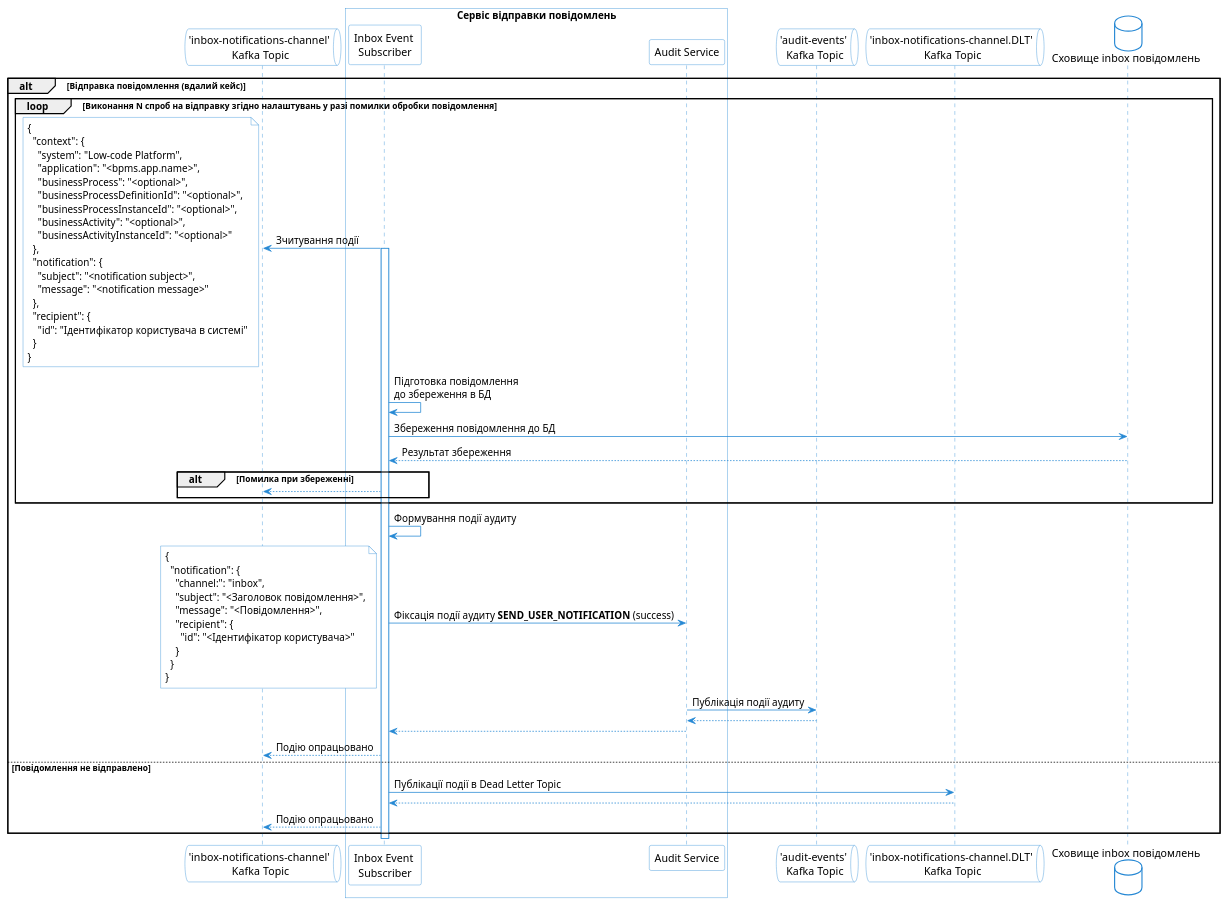
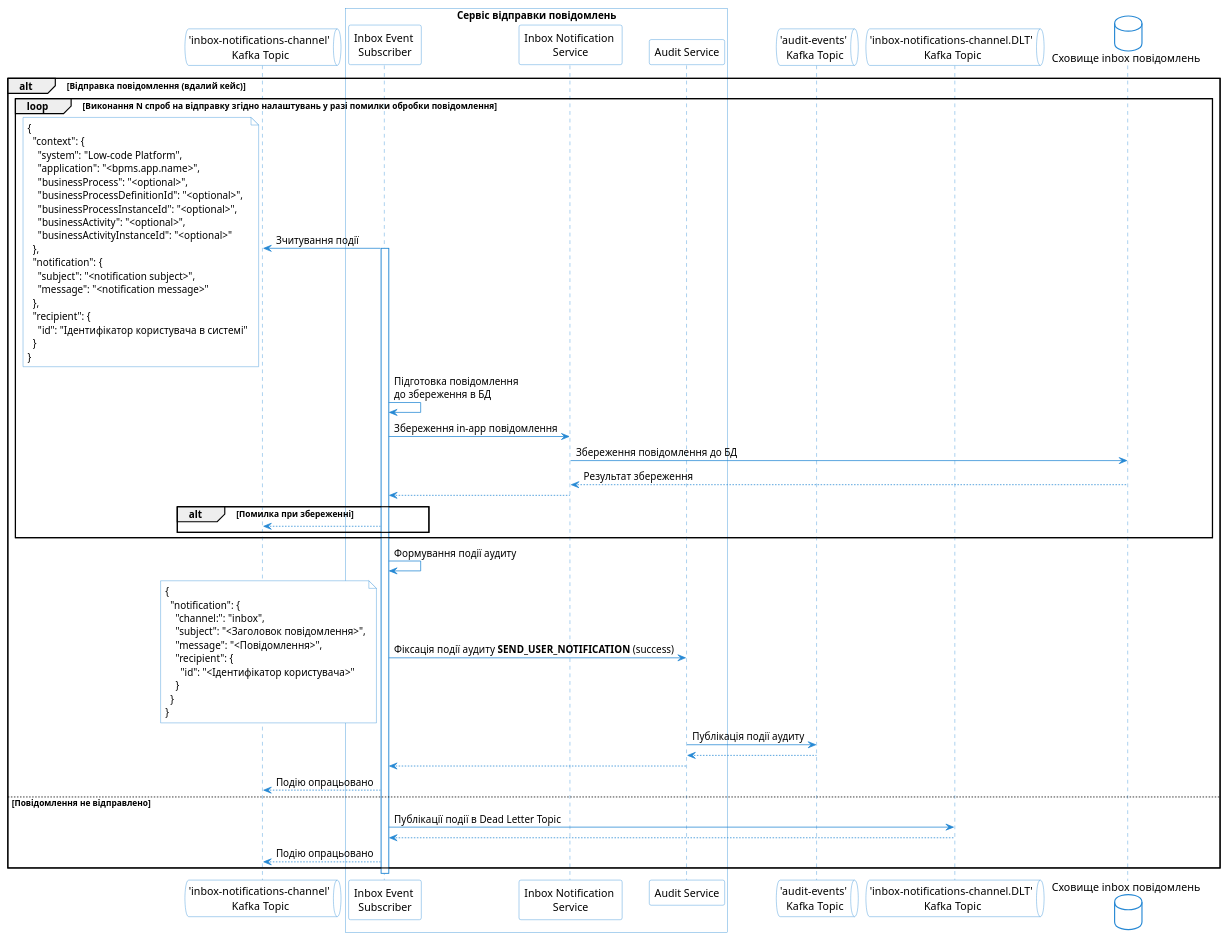
Before and after one commit to epam/edp-ddm-architecture: the diagram in modules/tech/partials/lowcode/notifications/inbox/inbox-notification-save-flow.puml, drawn with PlantUML. The commit also changed 11 other files, not shown here.

```diff
--- a/modules/tech/partials/lowcode/notifications/inbox/inbox-notification-save-flow.puml
+++ b/modules/tech/partials/lowcode/notifications/inbox/inbox-notification-save-flow.puml
@@ -1,88 +1,91 @@
 @startuml
 skinparam shadowing false
 skinparam DatabaseBackgroundColor white
 skinparam DatabaseBorderColor #2688d4
 skinparam QueueBackgroundColor white
 skinparam QueueBorderColor #2688d4
 skinparam NoteBackgroundColor white
 skinparam NoteBorderColor #2688d4
 skinparam sequence {
     ArrowColor #2688d4
     ActorBorderColor #2688d4
     LifeLineBorderColor #2688d4
     ParticipantBorderColor #2688d4
     ParticipantBackgroundColor white
     BoxBorderColor #2688d4
     BoxBackgroundColor white
 }
 
 queue "'inbox-notifications-channel'\n Kafka Topic" as inbox_notifications_channel_kafka_topic
 
 box "Сервіс відправки повідомлень"
   participant "Inbox Event \nSubscriber" as notification_kafka_subscriber
+  participant "Inbox Notification \nService" as inbox_notification_service
   participant "Audit Service" as audit_service
 end box
 
 queue "'audit-events'\n Kafka Topic" as audit_events_kafka_topic
 
 queue "'inbox-notifications-channel.DLT'\n Kafka Topic" as inbox_notifications_channel_dlt_kafka_topic
 
 database "Сховище inbox повідомлень" as inbox_db
 
 alt Відправка повідомлення (вдалий кейс)
 loop Виконання N спроб на відправку згідно налаштувань у разі помилки обробки повідомлення
 notification_kafka_subscriber -> inbox_notifications_channel_kafka_topic: Зчитування події
 note left
   {
     "context": {
       "system": "Low-code Platform",
       "application": "<bpms.app.name>",
       "businessProcess": "<optional>",
       "businessProcessDefinitionId": "<optional>",
       "businessProcessInstanceId": "<optional>",
       "businessActivity": "<optional>",
       "businessActivityInstanceId": "<optional>"
     },
     "notification": {
       "subject": "<notification subject>",
       "message": "<notification message>"
     },
     "recipient": {
       "id": "Ідентифікатор користувача в системі"
     }
   }
   end note
 activate notification_kafka_subscriber
 notification_kafka_subscriber -> notification_kafka_subscriber: Підготовка повідомлення \nдо збереження в БД
-notification_kafka_subscriber -> inbox_db: Збереження повідомлення до БД
-inbox_db --> notification_kafka_subscriber: Результат збереження
+notification_kafka_subscriber -> inbox_notification_service: Збереження in-app повідомлення
+inbox_notification_service -> inbox_db: Збереження повідомлення до БД
+inbox_db --> inbox_notification_service: Результат збереження
+inbox_notification_service --> notification_kafka_subscriber
   alt Помилка при збереженні
     notification_kafka_subscriber --> inbox_notifications_channel_kafka_topic
   end
 end
     notification_kafka_subscriber -> notification_kafka_subscriber: Формування події аудиту
     notification_kafka_subscriber -> audit_service: Фіксація події аудиту **SEND_USER_NOTIFICATION** (success)
     note left
     {
       "notification": {
         "channel:": "inbox",
         "subject": "<Заголовок повідомлення>",
         "message": "<Повідомлення>",
         "recipient": {
           "id": "<Ідентифікатор користувача>"
         }
       }
     }
     end note
     audit_service -> audit_events_kafka_topic: Публікація події аудиту
     audit_events_kafka_topic --> audit_service
     audit_service --> notification_kafka_subscriber
     notification_kafka_subscriber --> inbox_notifications_channel_kafka_topic: Подію опрацьовано
 
 else Повідомлення не відправлено
     notification_kafka_subscriber -> inbox_notifications_channel_dlt_kafka_topic: Публікації події в Dead Letter Topic
     inbox_notifications_channel_dlt_kafka_topic --> notification_kafka_subscriber
     notification_kafka_subscriber --> inbox_notifications_channel_kafka_topic: Подію опрацьовано
 end
 deactivate notification_kafka_subscriber
 @enduml
```
